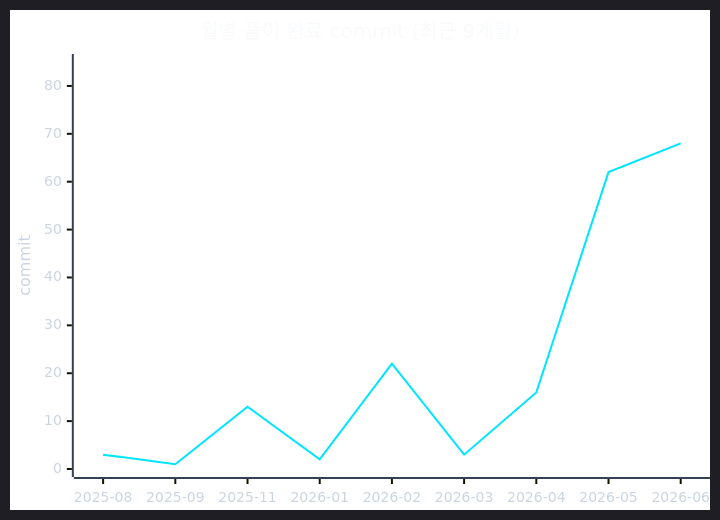
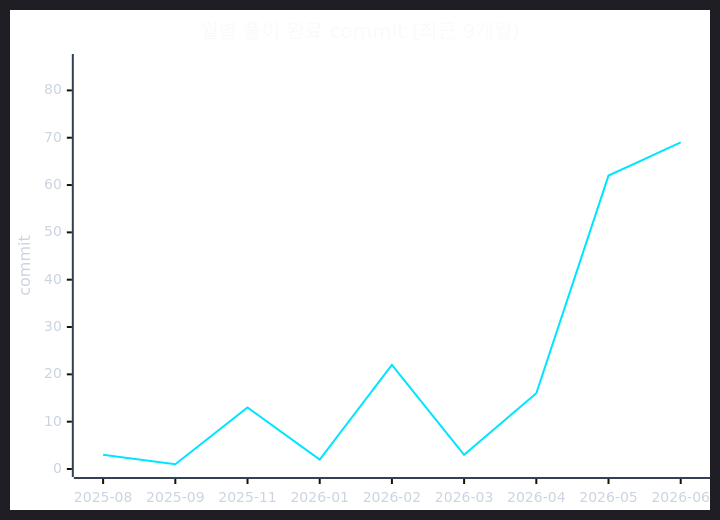
One commit to CHOOSLA/Algorithm changed the second of 2 diagrams in readme.md. Above: the diagram before and after it, drawn with Mermaid. The commit also changed other lines of this file and 2 other files, not shown here.

````diff
--- a/readme.md
+++ b/readme.md
@@ -71,22 +71,22 @@
 ```mermaid
 ---
 config:
   theme: dark
   themeVariables:
     background: '#0d1117'
     xyChart:
       titleColor: '#f8fafc'
       xAxisLabelColor: '#cbd5e1'
       xAxisTitleColor: '#cbd5e1'
       xAxisLineColor: '#334155'
       yAxisLabelColor: '#cbd5e1'
       yAxisTitleColor: '#cbd5e1'
       yAxisLineColor: '#334155'
       plotColorPalette: '#00e5ff'
 ---
 xychart-beta
   title "월별 풀이 완료 commit (최근 9개월)"
   x-axis ["2025-08", "2025-09", "2025-11", "2026-01", "2026-02", "2026-03", "2026-04", "2026-05", "2026-06"]
-  y-axis "commit" 0 --> 85
-  line [3, 1, 13, 2, 22, 3, 16, 62, 68]
+  y-axis "commit" 0 --> 86
+  line [3, 1, 13, 2, 22, 3, 16, 62, 69]
 ```
````
